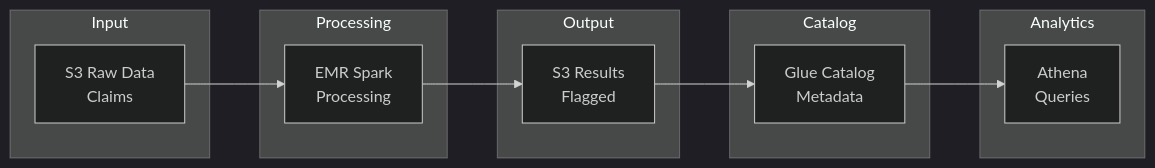
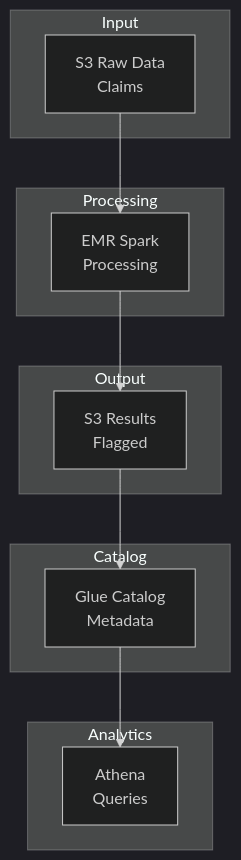
One commit to caverac/insurance-fraud-detection changed the first of 2 diagrams in README.md. Above: the diagram before and after it, drawn with Mermaid (dark theme). The commit also changed 14 other files, not shown here.

````diff
--- a/README.md
+++ b/README.md
@@ -133,27 +133,27 @@
 ```mermaid
-flowchart LR
+flowchart TB
     subgraph Input
         A[S3 Raw Data<br/>Claims]
     end
 
     subgraph Processing
         B[EMR Spark<br/>Processing]
     end
 
     subgraph Output
         C[S3 Results<br/>Flagged]
     end
 
     subgraph Catalog
         D[Glue Catalog<br/>Metadata]
     end
 
     subgraph Analytics
         E[Athena<br/>Queries]
     end
 
     A --> B
     B --> C
     C --> D
     D --> E
 ```
````
